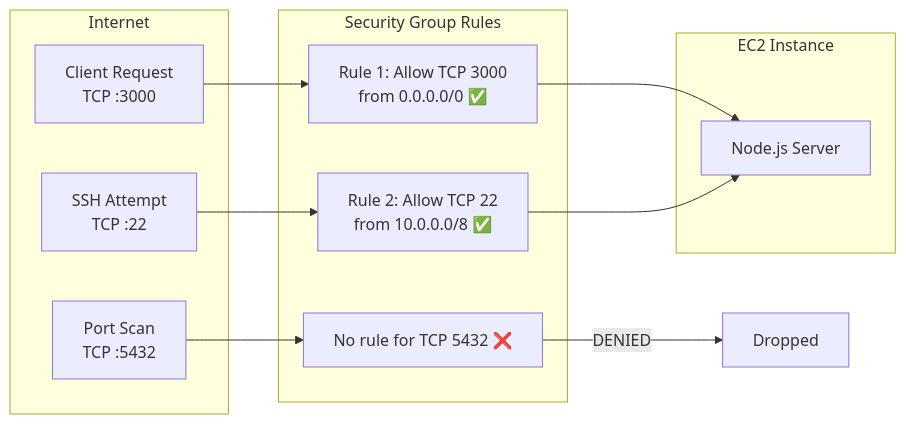
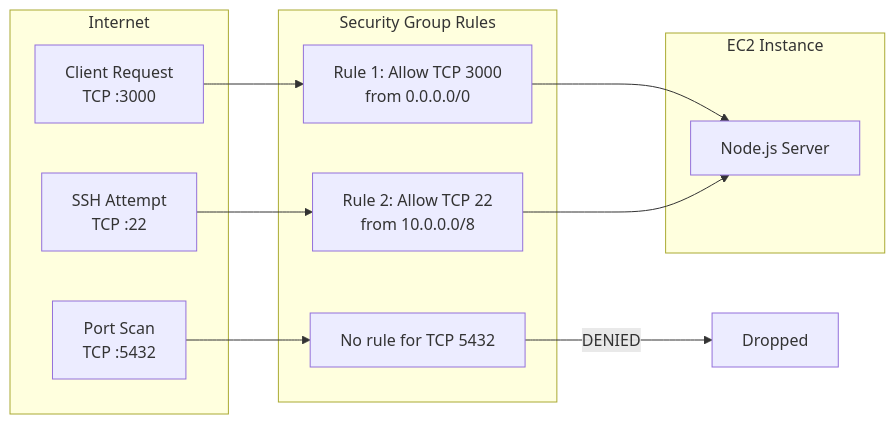
The diagram in SWE/System Design/1 Million RPS Knowledge/Chapter 13. Cloud Computing/13.6 Security Groups.md (Vtheonly/Obsidian_Notes), drawn with Mermaid before and after one commit. The commit also changed 1506 other files, not shown here.

````diff
--- a/SWE/System Design/1 Million RPS Knowledge/Chapter 13. Cloud Computing/13.6 Security Groups.md
+++ b/SWE/System Design/1 Million RPS Knowledge/Chapter 13. Cloud Computing/13.6 Security Groups.md
@@ -11,22 +11,22 @@
 ```mermaid
 flowchart LR
     subgraph "Internet"
         REQ["Client Request<br/>TCP :3000"]
         SSH["SSH Attempt<br/>TCP :22"]
         SCAN["Port Scan<br/>TCP :5432"]
     end
     
     subgraph "Security Group Rules"
-        R1["Rule 1: Allow TCP 3000<br/>from 0.0.0.0/0 ✅"]
-        R2["Rule 2: Allow TCP 22<br/>from 10.0.0.0/8 ✅"]
-        R3["No rule for TCP 5432 ❌"]
+        R1["Rule 1: Allow TCP 3000<br/>from 0.0.0.0/0 "]
+        R2["Rule 2: Allow TCP 22<br/>from 10.0.0.0/8 "]
+        R3["No rule for TCP 5432 "]
     end
     
     subgraph "EC2 Instance"
         APP["Node.js Server"]
     end
     
     REQ --> R1 --> APP
     SSH --> R2 --> APP
     SCAN --> R3 -->|"DENIED"| DROP["Dropped"]
 ```
````
